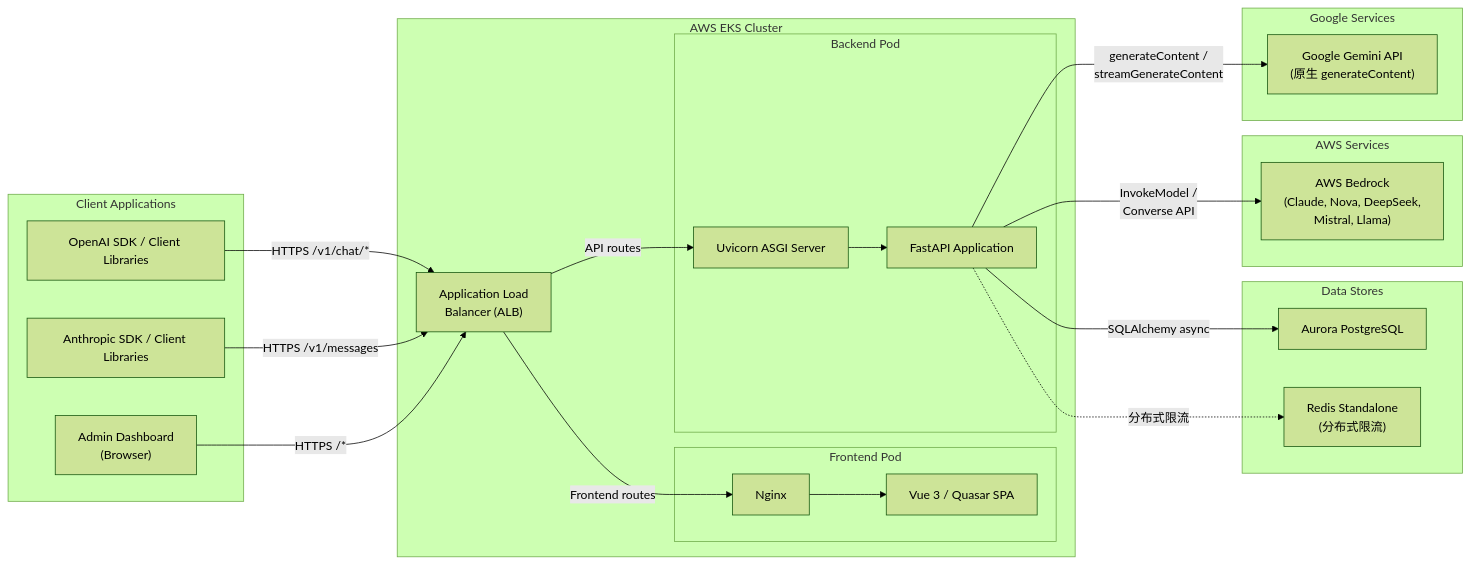
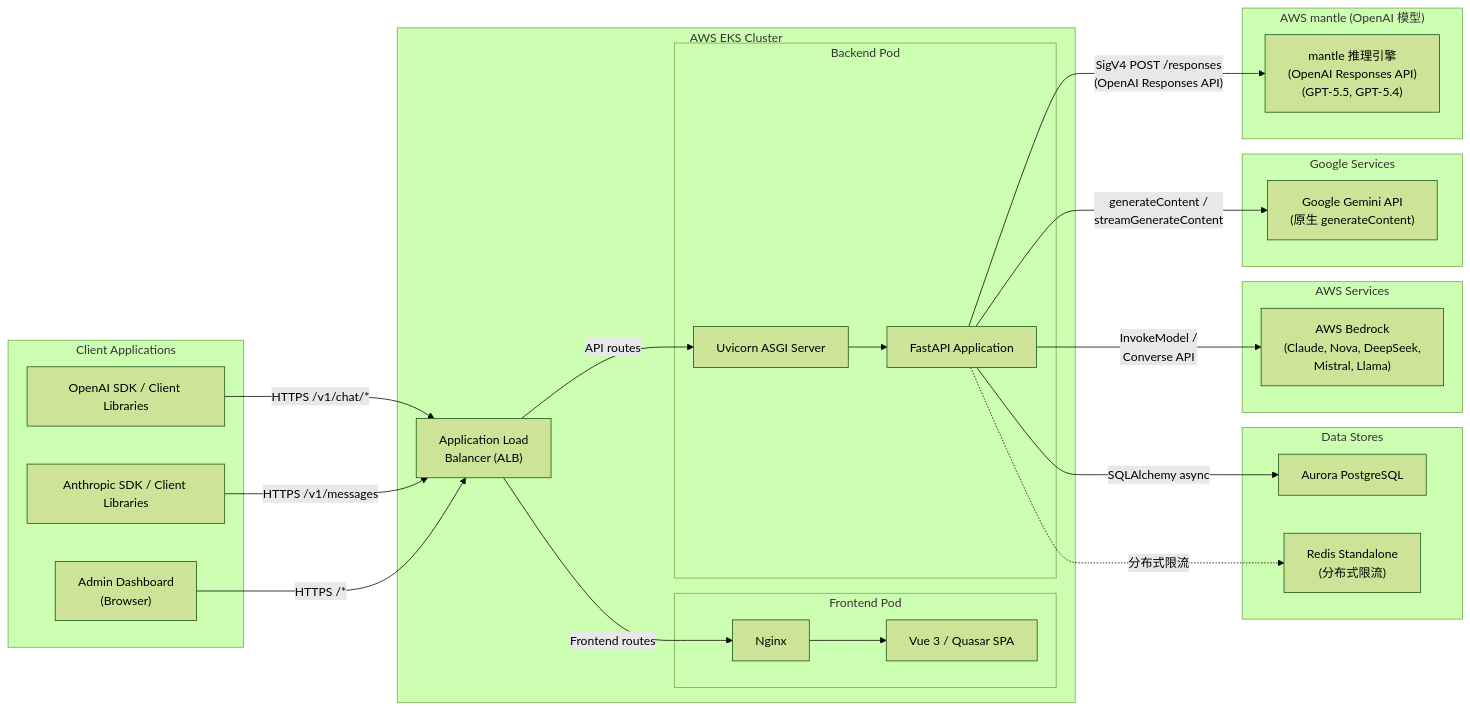
One commit to aws-samples/sample-kolya-br-proxy changed the first of 12 diagrams in docs/architecture.zh.md. Above: the diagram before and after it, drawn with Mermaid (forest theme). The commit also changed other lines of this file and 9 other files, not shown here.

First line of the commit message:
docs: 补充 OpenAI GPT-5.5/5.4 (mantle) 相关文档

````diff
--- a/docs/architecture.zh.md
+++ b/docs/architecture.zh.md
@@ -24,47 +24,52 @@
 ```mermaid
 graph LR
     subgraph Clients ["Client Applications"]
         OAI["OpenAI SDK / Client Libraries"]
         Anthropic_SDK["Anthropic SDK / Client Libraries"]
         Browser["Admin Dashboard<br/>(Browser)"]
     end
 
     subgraph AWS_EKS ["AWS EKS Cluster"]
         subgraph Frontend_Pod ["Frontend Pod"]
             Nginx["Nginx"]
             Vue["Vue 3 / Quasar SPA"]
         end
 
         subgraph Backend_Pod ["Backend Pod"]
             Uvicorn["Uvicorn ASGI Server"]
             FastAPI["FastAPI Application"]
         end
 
         ALB["Application Load<br/>Balancer (ALB)"]
     end
 
     subgraph Data_Stores ["Data Stores"]
         PG["Aurora PostgreSQL"]
         Redis["Redis Standalone<br/>(分布式限流)"]
     end
 
     subgraph AWS_Services ["AWS Services"]
         Bedrock["AWS Bedrock<br/>(Claude, Nova, DeepSeek,<br/>Mistral, Llama)"]
     end
 
     subgraph Google_Services ["Google Services"]
         Gemini["Google Gemini API<br/>(原生 generateContent)"]
     end
 
+    subgraph Mantle_Services ["AWS mantle (OpenAI 模型)"]
+        Mantle["mantle 推理引擎<br/>(OpenAI Responses API)<br/>(GPT-5.5, GPT-5.4)"]
+    end
+
     OAI -->|"HTTPS /v1/chat/*"| ALB
     Anthropic_SDK -->|"HTTPS /v1/messages"| ALB
     Browser -->|"HTTPS /*"| ALB
     ALB -->|"Frontend routes"| Nginx
     ALB -->|"API routes"| Uvicorn
     Nginx --> Vue
     Uvicorn --> FastAPI
     FastAPI -->|"InvokeModel /<br/>Converse API"| Bedrock
     FastAPI -->|"generateContent /<br/>streamGenerateContent"| Gemini
+    FastAPI -->|"SigV4 POST /responses<br/>(OpenAI Responses API)"| Mantle
     FastAPI -->|"SQLAlchemy async"| PG
     FastAPI -.->|"分布式限流"| Redis
 ```
````
